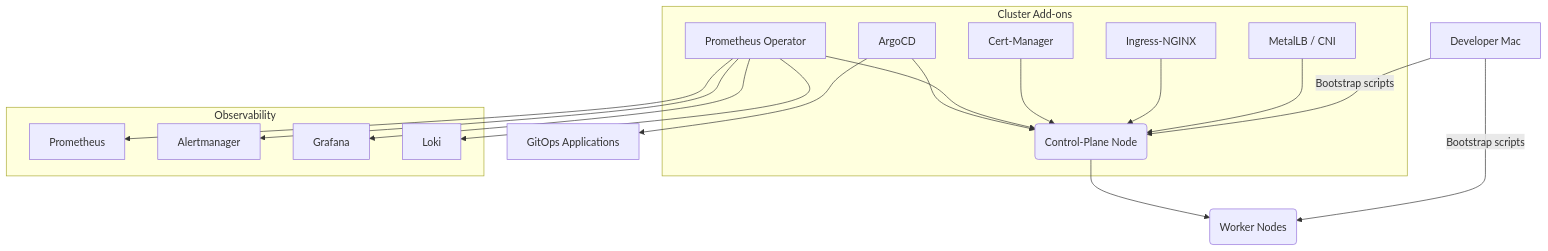
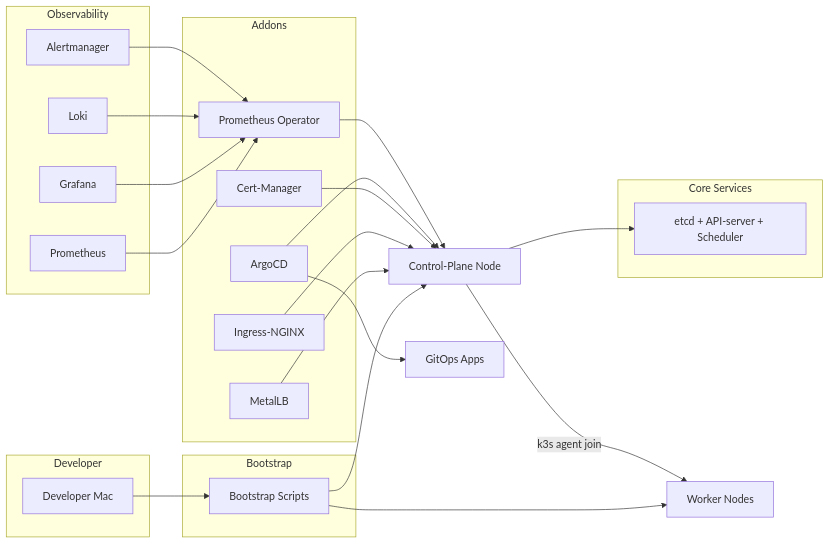
One commit to doogie-bigmack/m3_ultra_cluster changed the first of 2 diagrams in README.md. Above: the diagram before and after it, drawn with Mermaid. The commit also changed other lines of this file, not shown here.

Commit message:
docs(readme): split into reference architecture and bootstrap sequence diagrams

````diff
--- a/README.md
+++ b/README.md
@@ -64,20 +64,36 @@
 ```mermaid
-graph TD
-    Dev[Developer Mac] -->|Bootstrap scripts| CP(Control-Plane Node)
-    Dev -->|Bootstrap scripts| WN(Worker Nodes)
-    CP --> WN
-    subgraph "Cluster Add-ons"
-        MetalLB[MetalLB / CNI] --> CP
-        Ingress[Ingress-NGINX] --> CP
-        CertManager[Cert-Manager] --> CP
-        PromOp[Prometheus Operator] --> CP
-        ArgoCD[ArgoCD] --> CP
+flowchart LR
+    subgraph Developer
+        Dev[Developer Mac]
     end
+    subgraph Bootstrap
+        Script[Bootstrap Scripts]
+    end
+    Dev --> Script
+    Script --> CP[Control-Plane Node]
+    Script --> WN[Worker Nodes]
+    CP -->|k3s agent join| WN
+    subgraph "Core Services"
+        Core[etcd + API-server + Scheduler]
+    end
+    CP --> Core
+    subgraph Addons
+        MetalLB[MetalLB]
+        Ingress[Ingress-NGINX]
+        CertManager[Cert-Manager]
+        ArgoCD[ArgoCD]
+        PromOp[Prometheus Operator]
+    end
+    MetalLB --> CP
+    Ingress --> CP
+    CertManager --> CP
+    ArgoCD --> CP
+    PromOp --> CP
     subgraph Observability
-        PromOp --> Prometheus
-        PromOp --> Alertmanager
-        PromOp --> Grafana
-        PromOp --> Loki
+        Prometheus --> PromOp
+        Grafana --> PromOp
+        Loki --> PromOp
+        Alertmanager --> PromOp
     end
-    ArgoCD --> Apps[GitOps Applications]
+    ArgoCD --> Apps[GitOps Apps]
 ```
````
